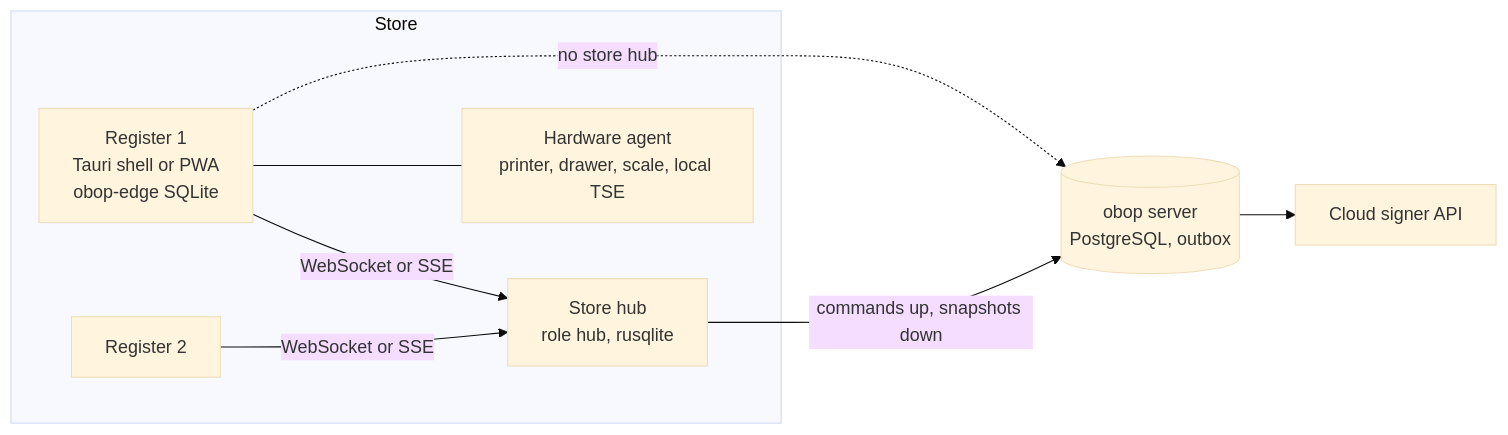
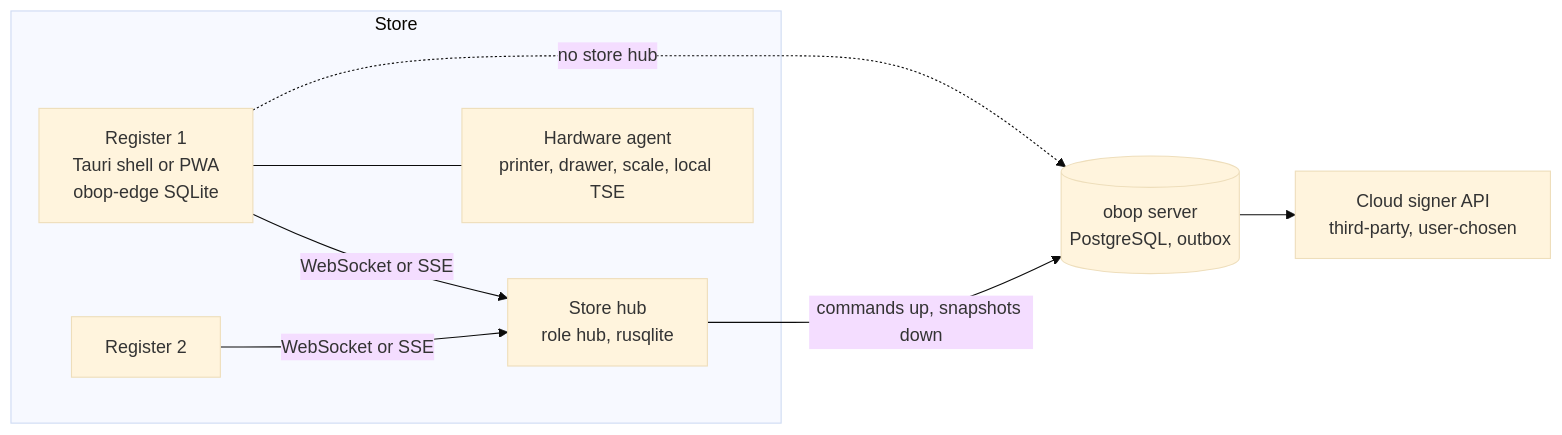
The first of 2 diagrams in docs/spec/retail-commerce-marketing.md (SpaceCorps/obop), drawn with Mermaid (base theme) before and after one commit. The commit also changed other lines of this file and 10 other files, not shown here.

````diff
--- a/docs/spec/retail-commerce-marketing.md
+++ b/docs/spec/retail-commerce-marketing.md
@@ -122,15 +124,15 @@
 ```mermaid
 flowchart LR
   subgraph Store
     T1[Register 1<br/>Tauri shell or PWA<br/>obop-edge SQLite]
     T2[Register 2]
     H[Store hub<br/>role hub, rusqlite]
     A[Hardware agent<br/>printer, drawer, scale, local TSE]
   end
   T1 -->|WebSocket or SSE| H
   T2 -->|WebSocket or SSE| H
   T1 --- A
   H -->|commands up, snapshots down| S[(obop server<br/>PostgreSQL, outbox)]
   T1 -.->|no store hub| S
-  S --> F[Cloud signer API]
+  S --> F[Cloud signer API<br/>third-party, user-chosen]
 ```
````
